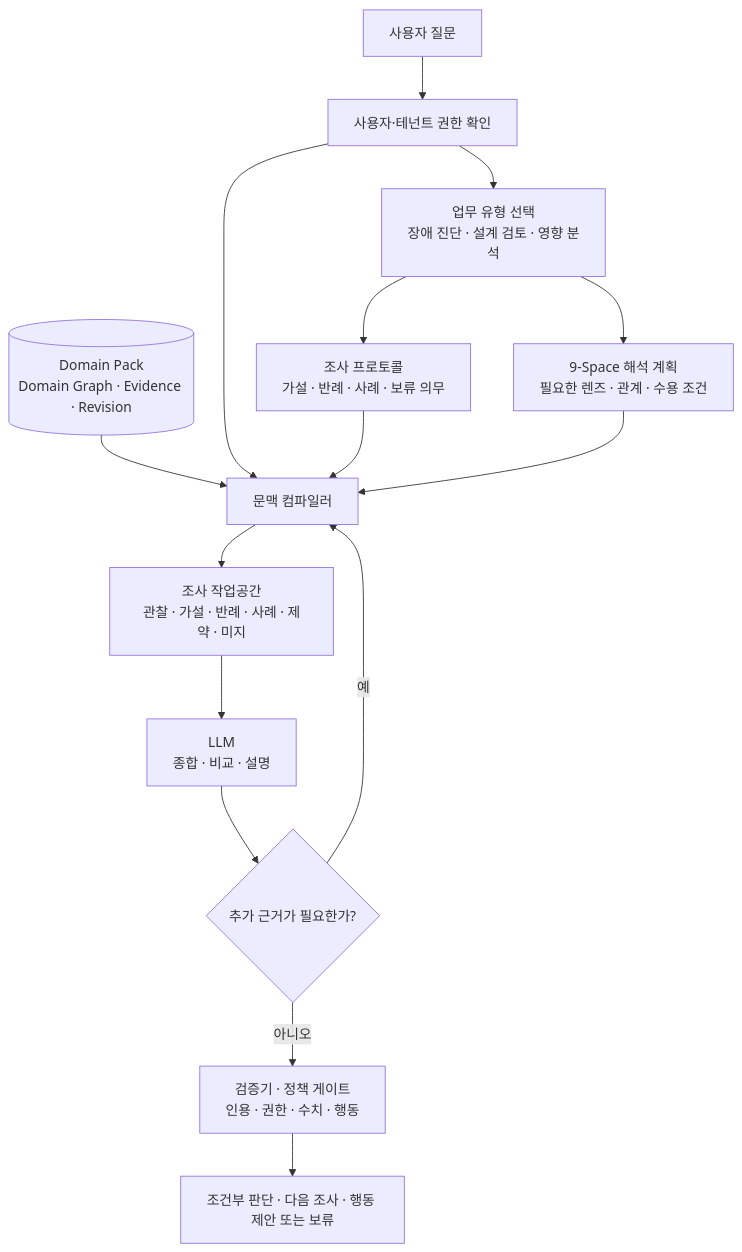
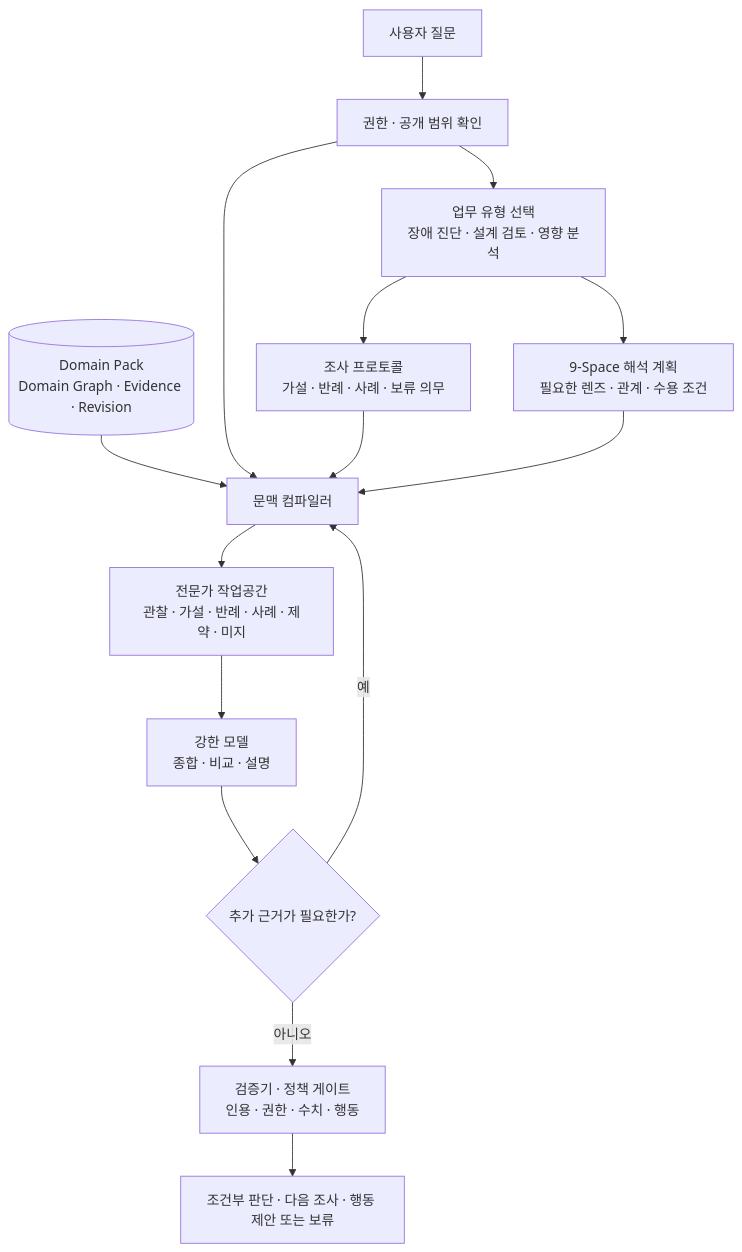
Before and after one commit to tteggu87/tteggu87.github.io: the second of 2 diagrams in content/notes/ontology-expertise-pack.md, drawn with Mermaid. The commit also changed other lines of this file, not shown here.

````diff
--- a/content/notes/ontology-expertise-pack.md
+++ b/content/notes/ontology-expertise-pack.md
@@ -135,19 +267,19 @@
 ```mermaid
 flowchart TD
-    Q[사용자 질문] --> A[사용자·테넌트 권한 확인]
+    Q[사용자 질문] --> A[권한 · 공개 범위 확인]
     A --> T[업무 유형 선택<br/>장애 진단 · 설계 검토 · 영향 분석]
     T --> P[조사 프로토콜<br/>가설 · 반례 · 사례 · 보류 의무]
     T --> I[9-Space 해석 계획<br/>필요한 렌즈 · 관계 · 수용 조건]
 
     D[(Domain Pack<br/>Domain Graph · Evidence · Revision)] --> C[문맥 컴파일러]
     A --> C
     P --> C
     I --> C
 
-    C --> B[조사 작업공간<br/>관찰 · 가설 · 반례 · 사례 · 제약 · 미지]
-    B --> L[LLM<br/>종합 · 비교 · 설명]
-    L --> N{추가 근거가 필요한가?}
+    C --> W[전문가 작업공간<br/>관찰 · 가설 · 반례 · 사례 · 제약 · 미지]
+    W --> M[강한 모델<br/>종합 · 비교 · 설명]
+    M --> N{추가 근거가 필요한가?}
     N -->|예| C
     N -->|아니오| V[검증기 · 정책 게이트<br/>인용 · 권한 · 수치 · 행동]
     V --> O[조건부 판단 · 다음 조사 · 행동 제안 또는 보류]
 ```
````
